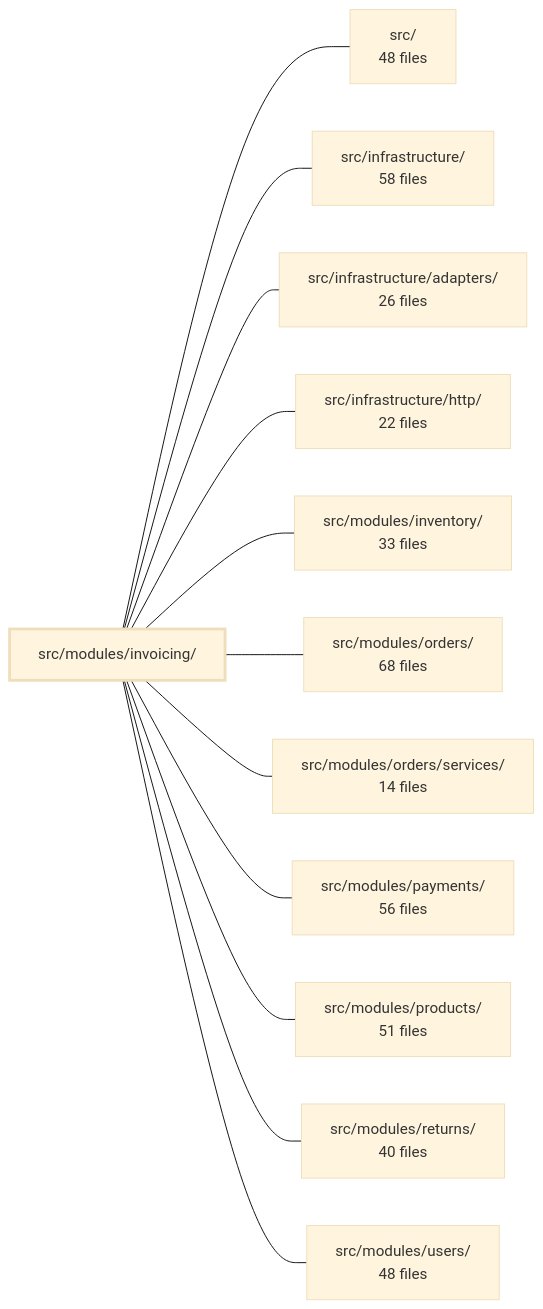
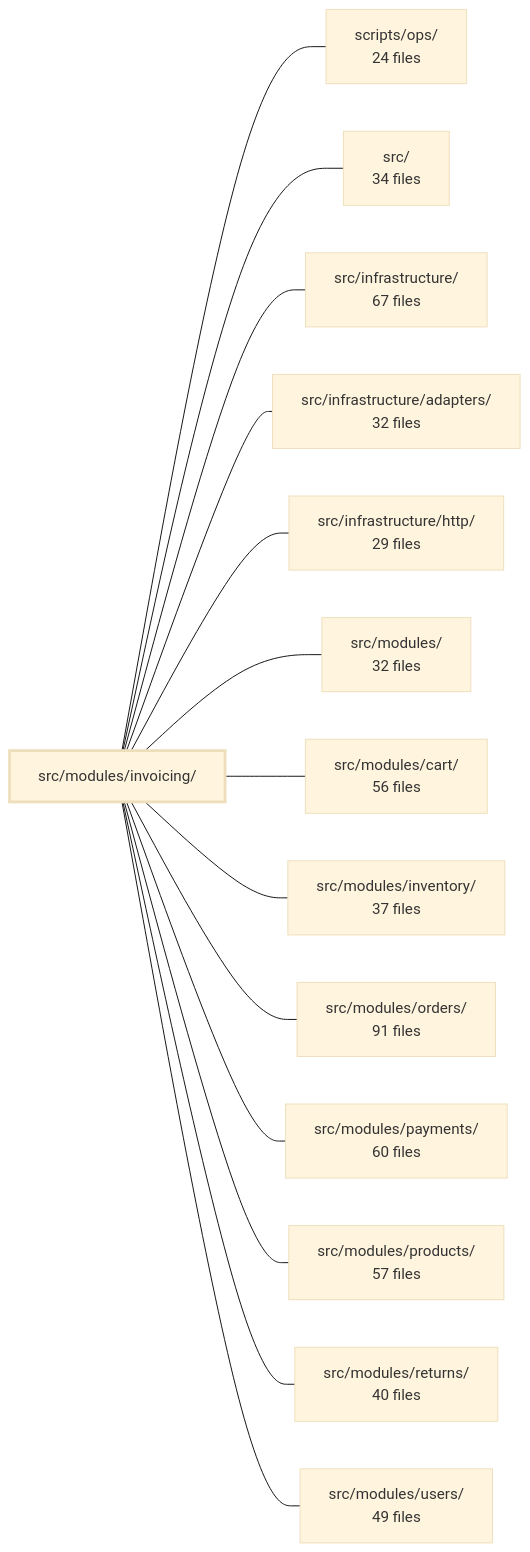
The diagram in .2brain/modules/boilerplate-node-backend_src_modules_invoicing.md (Guebbit/boilerplate-node-backend), drawn with Mermaid (base theme) before and after one commit. The commit also changed other lines of this file and 106 other files, not shown here.

````diff
--- a/.2brain/modules/boilerplate-node-backend_src_modules_invoicing.md
+++ b/.2brain/modules/boilerplate-node-backend_src_modules_invoicing.md
@@ -45,27 +46,31 @@
 ```mermaid
 flowchart LR
     m_src_modules_invoicing["src/modules/invoicing/"]
-    m_src["src/<br/>48 files"]
-    m_src_infrastructure["src/infrastructure/<br/>58 files"]
-    m_src_infrastructure_adapters["src/infrastructure/adapters/<br/>26 files"]
-    m_src_infrastructure_http["src/infrastructure/http/<br/>22 files"]
-    m_src_modules_inventory["src/modules/inventory/<br/>33 files"]
-    m_src_modules_orders["src/modules/orders/<br/>68 files"]
-    m_src_modules_orders_services["src/modules/orders/services/<br/>14 files"]
-    m_src_modules_payments["src/modules/payments/<br/>56 files"]
-    m_src_modules_products["src/modules/products/<br/>51 files"]
+    m_scripts_ops["scripts/ops/<br/>24 files"]
+    m_src["src/<br/>34 files"]
+    m_src_infrastructure["src/infrastructure/<br/>67 files"]
+    m_src_infrastructure_adapters["src/infrastructure/adapters/<br/>32 files"]
+    m_src_infrastructure_http["src/infrastructure/http/<br/>29 files"]
+    m_src_modules["src/modules/<br/>32 files"]
+    m_src_modules_cart["src/modules/cart/<br/>56 files"]
+    m_src_modules_inventory["src/modules/inventory/<br/>37 files"]
+    m_src_modules_orders["src/modules/orders/<br/>91 files"]
+    m_src_modules_payments["src/modules/payments/<br/>60 files"]
+    m_src_modules_products["src/modules/products/<br/>57 files"]
     m_src_modules_returns["src/modules/returns/<br/>40 files"]
-    m_src_modules_users["src/modules/users/<br/>48 files"]
+    m_src_modules_users["src/modules/users/<br/>49 files"]
+    m_src_modules_invoicing --- m_scripts_ops
     m_src_modules_invoicing --- m_src
     m_src_modules_invoicing --- m_src_infrastructure
     m_src_modules_invoicing --- m_src_infrastructure_adapters
     m_src_modules_invoicing --- m_src_infrastructure_http
+    m_src_modules_invoicing --- m_src_modules
+    m_src_modules_invoicing --- m_src_modules_cart
     m_src_modules_invoicing --- m_src_modules_inventory
     m_src_modules_invoicing --- m_src_modules_orders
-    m_src_modules_invoicing --- m_src_modules_orders_services
     m_src_modules_invoicing --- m_src_modules_payments
     m_src_modules_invoicing --- m_src_modules_products
     m_src_modules_invoicing --- m_src_modules_returns
     m_src_modules_invoicing --- m_src_modules_users
     style m_src_modules_invoicing stroke-width:3px
 ```
````
